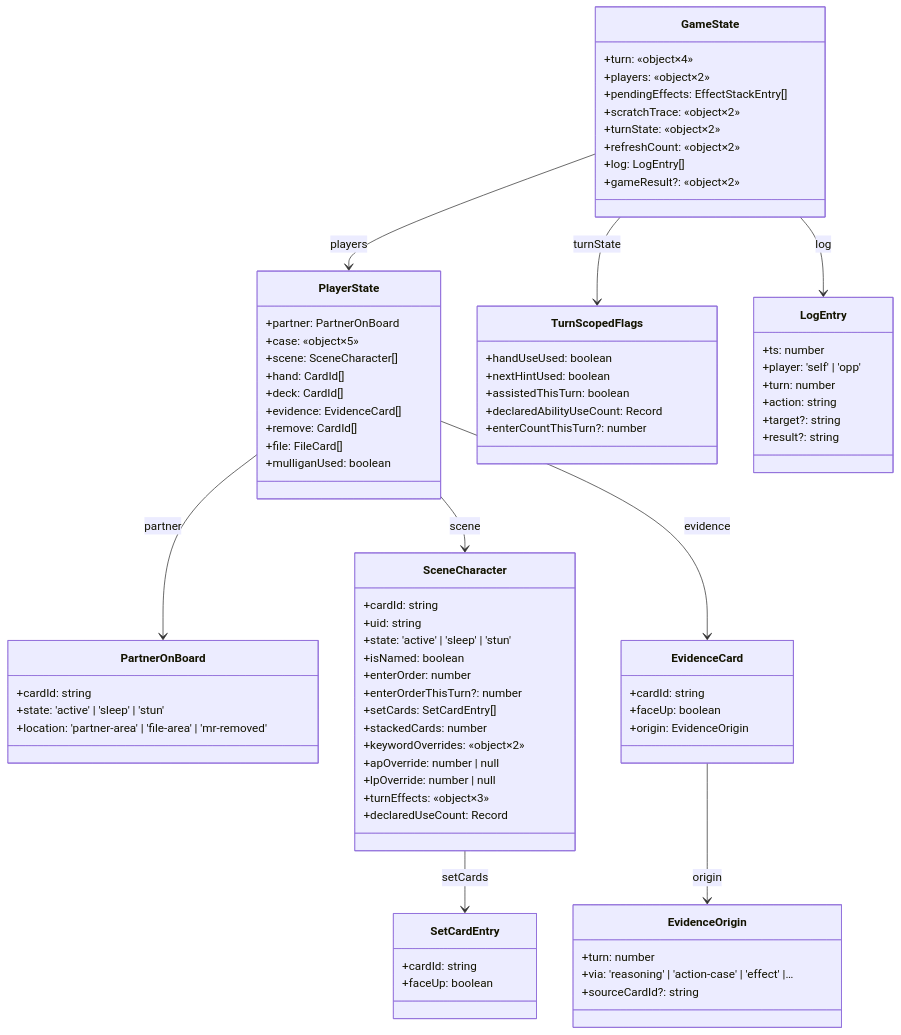
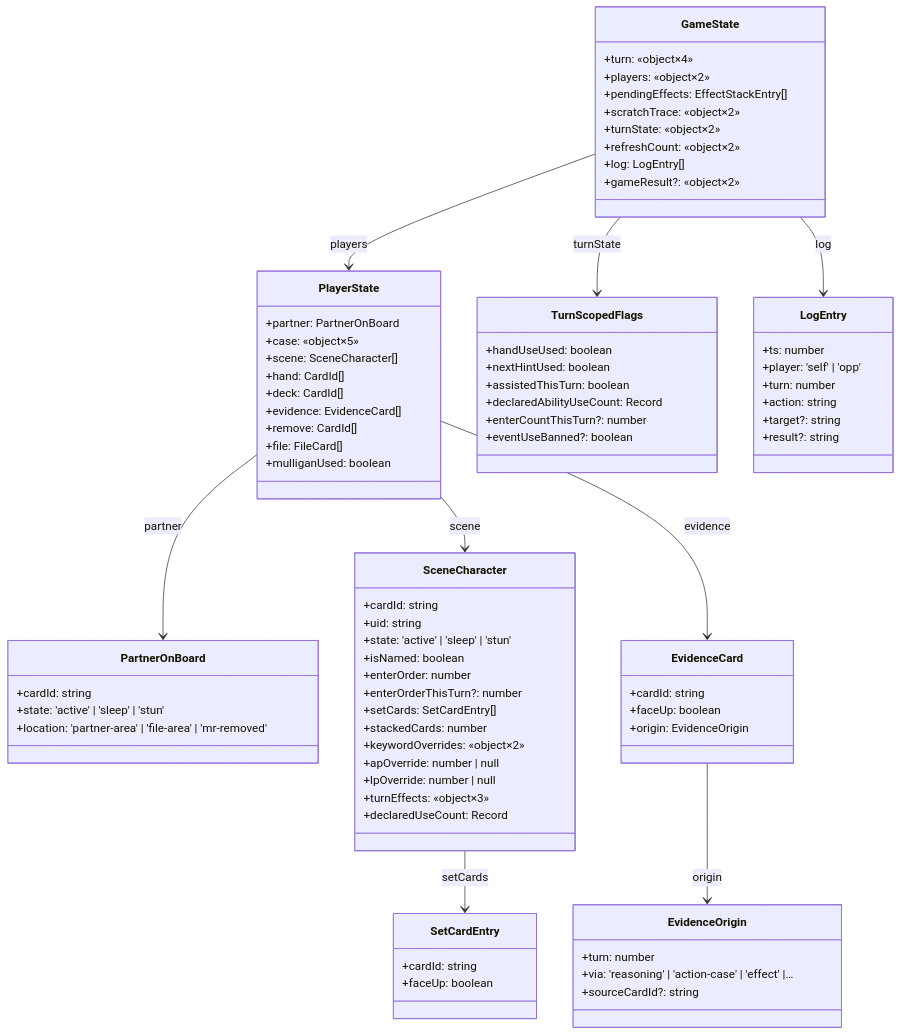
The diagram in .claude/auto/state/game-state.md (orihekat78/TCGApp), drawn with Mermaid before and after one commit. The commit also changed other lines of this file and 85 other files, not shown here.

````diff
--- a/.claude/auto/state/game-state.md
+++ b/.claude/auto/state/game-state.md
@@ -13,81 +13,82 @@
 ```mermaid
 classDiagram
   class GameState {
     +turn: «object×4»
     +players: «object×2»
     +pendingEffects: EffectStackEntry[]
     +scratchTrace: «object×2»
     +turnState: «object×2»
     +refreshCount: «object×2»
     +log: LogEntry[]
     +gameResult?: «object×2»
   }
   class PlayerState {
     +partner: PartnerOnBoard
     +case: «object×5»
     +scene: SceneCharacter[]
     +hand: CardId[]
     +deck: CardId[]
     +evidence: EvidenceCard[]
     +remove: CardId[]
     +file: FileCard[]
     +mulliganUsed: boolean
   }
   class TurnScopedFlags {
     +handUseUsed: boolean
     +nextHintUsed: boolean
     +assistedThisTurn: boolean
     +declaredAbilityUseCount: Record<string, number>
     +enterCountThisTurn?: number
+    +eventUseBanned?: boolean
   }
   class LogEntry {
     +ts: number
     +player: 'self' | 'opp'
     +turn: number
     +action: string
     +target?: string
     +result?: string
   }
   class PartnerOnBoard {
     +cardId: string
     +state: 'active' | 'sleep' | 'stun'
     +location: 'partner-area' | 'file-area' | 'mr-removed'
   }
   class SceneCharacter {
     +cardId: string
     +uid: string
     +state: 'active' | 'sleep' | 'stun'
     +isNamed: boolean
     +enterOrder: number
     +enterOrderThisTurn?: number
     +setCards: SetCardEntry[]
     +stackedCards: number
     +keywordOverrides: «object×2»
     +apOverride: number | null
     +lpOverride: number | null
     +turnEffects: «object×3»
     +declaredUseCount: Record<string, number>
   }
   class EvidenceCard {
     +cardId: string
     +faceUp: boolean
     +origin: EvidenceOrigin
   }
   class SetCardEntry {
     +cardId: string
     +faceUp: boolean
   }
   class EvidenceOrigin {
     +turn: number
     +via: 'reasoning' | 'action-case' | 'effect' |…
     +sourceCardId?: string
   }
   GameState --> PlayerState : players
   GameState --> TurnScopedFlags : turnState
   GameState --> LogEntry : log
   PlayerState --> PartnerOnBoard : partner
   PlayerState --> SceneCharacter : scene
   PlayerState --> EvidenceCard : evidence
   SceneCharacter --> SetCardEntry : setCards
   EvidenceCard --> EvidenceOrigin : origin
 ```
````
